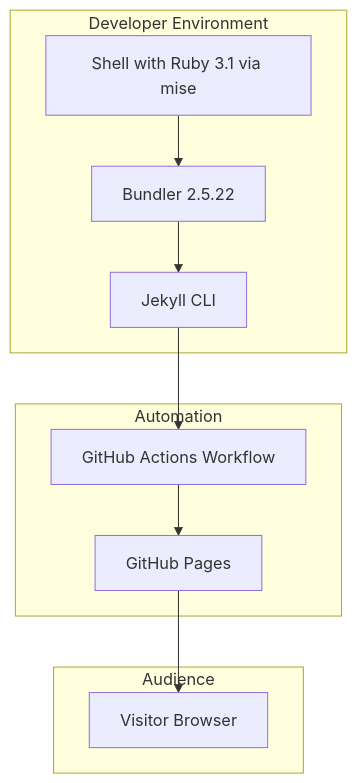
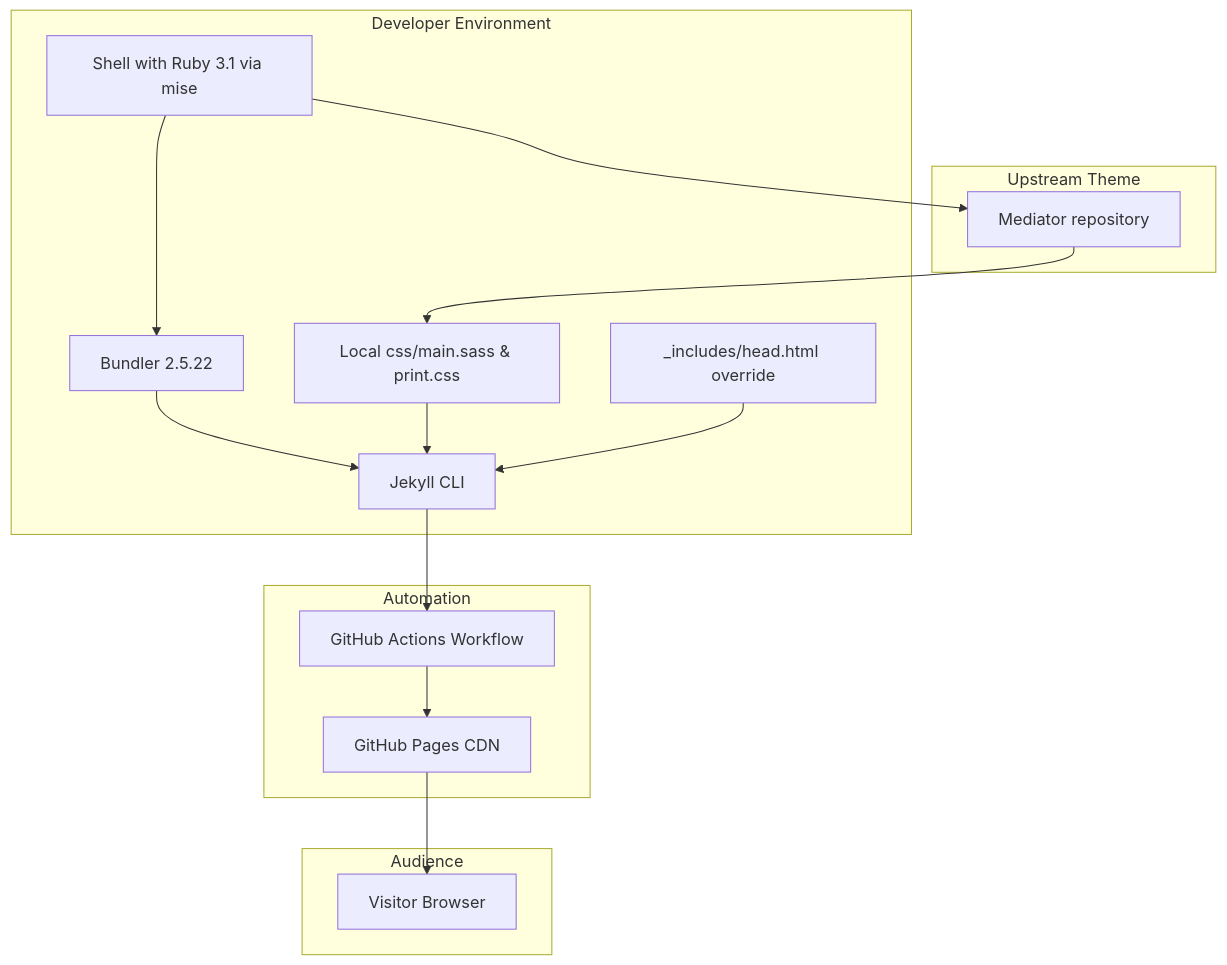
The fourth of 6 diagrams in README.md (muyueh/Jekyll), drawn with Mermaid before and after one commit. The commit also changed other lines of this file and 3 other files, not shown here.

````diff
--- a/README.md
+++ b/README.md
@@ -50,18 +57,27 @@
 ```mermaid
 graph TD
     subgraph Developer Environment
         D[Shell with Ruby 3.1 via mise]
         B[Bundler 2.5.22]
+        C[Local css/main.sass & print.css]
+        H[_includes/head.html override]
         J[Jekyll CLI]
+    end
+    subgraph Upstream Theme
+        MT[Mediator repository]
     end
     subgraph Automation
         GA[GitHub Actions Workflow]
-        GP[GitHub Pages]
+        GP[GitHub Pages CDN]
     end
     subgraph Audience
         BR[Visitor Browser]
     end
 
+    D --> MT
+    MT --> C
     D --> B --> J
+    C --> J
+    H --> J
     J --> GA --> GP --> BR
 ```
````
